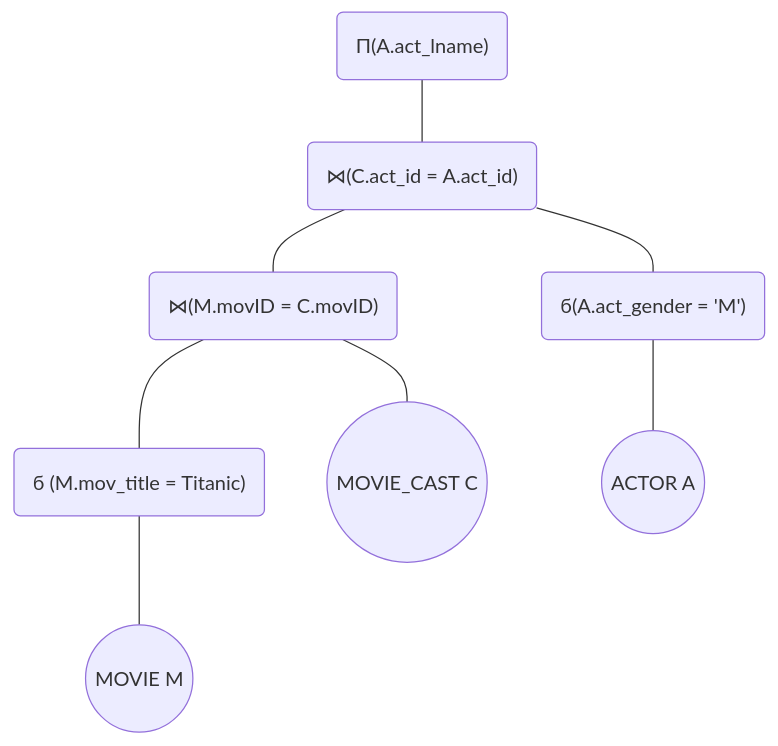
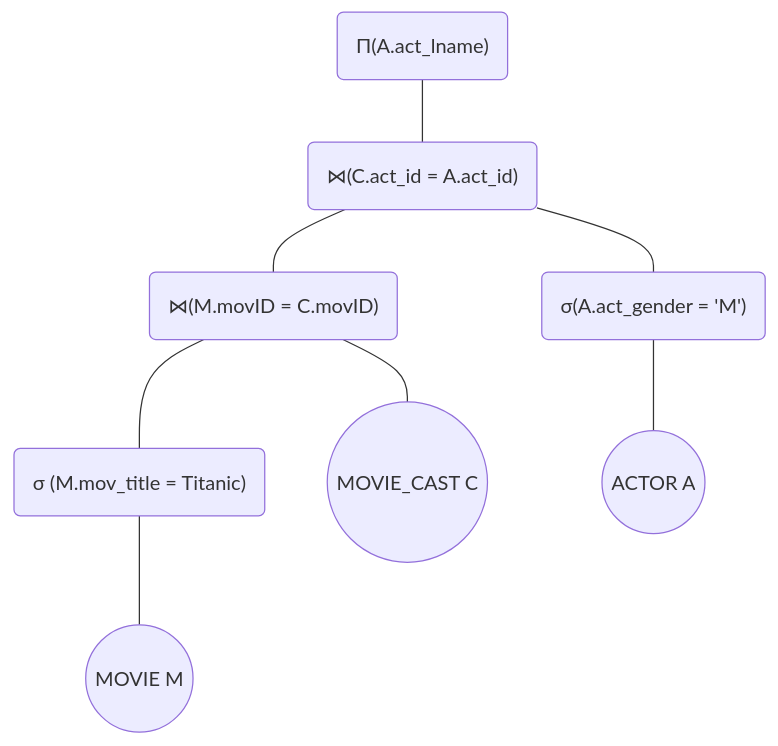
Before and after one commit to hectormiguel1/FIU: the third of 4 diagrams in Fall 2021/COP 4751/HW1/1_PANTHERID.md, drawn with Mermaid. The commit also changed other lines of this file and 1 other file, not shown here.

````diff
--- a/Fall 2021/COP 4751/HW1/1_PANTHERID.md
+++ b/Fall 2021/COP 4751/HW1/1_PANTHERID.md
@@ -137,9 +137,9 @@
 ```mermaid
      graph BT;
-        id((MOVIE M)) --- id2("ϭ (M.mov_title = Titanic)")
-        id2("ϭ (M.mov_title = Titanic)") --- id5("⋈(M.movID = C.movID)")
+        id((MOVIE M)) --- id2("σ (M.mov_title = Titanic)")
+        id2("σ (M.mov_title = Titanic)") --- id5("⋈(M.movID = C.movID)")
         id3((MOVIE_CAST C)) --- id5("⋈(M.movID = C.movID)")
         id5("⋈(M.movID = C.movID)") --- id6("⋈(C.act_id = A.act_id)")
-        id4((ACTOR A)) --- id7("ϭ(A.act_gender = 'M')") --- id6("⋈(C.act_id = A.act_id)") --- id8("Π(A.act_lname)")
+        id4((ACTOR A)) --- id7("σ(A.act_gender = 'M')") --- id6("⋈(C.act_id = A.act_id)") --- id8("Π(A.act_lname)")
 
 ```
````
